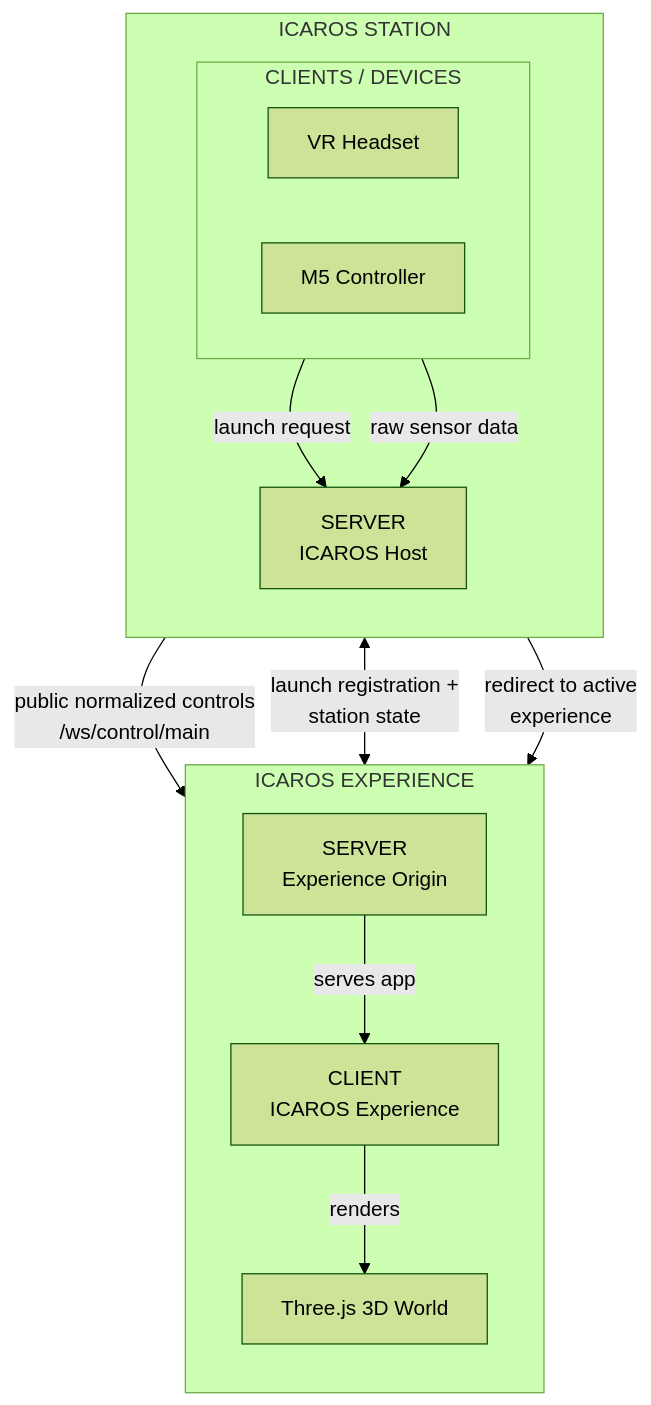
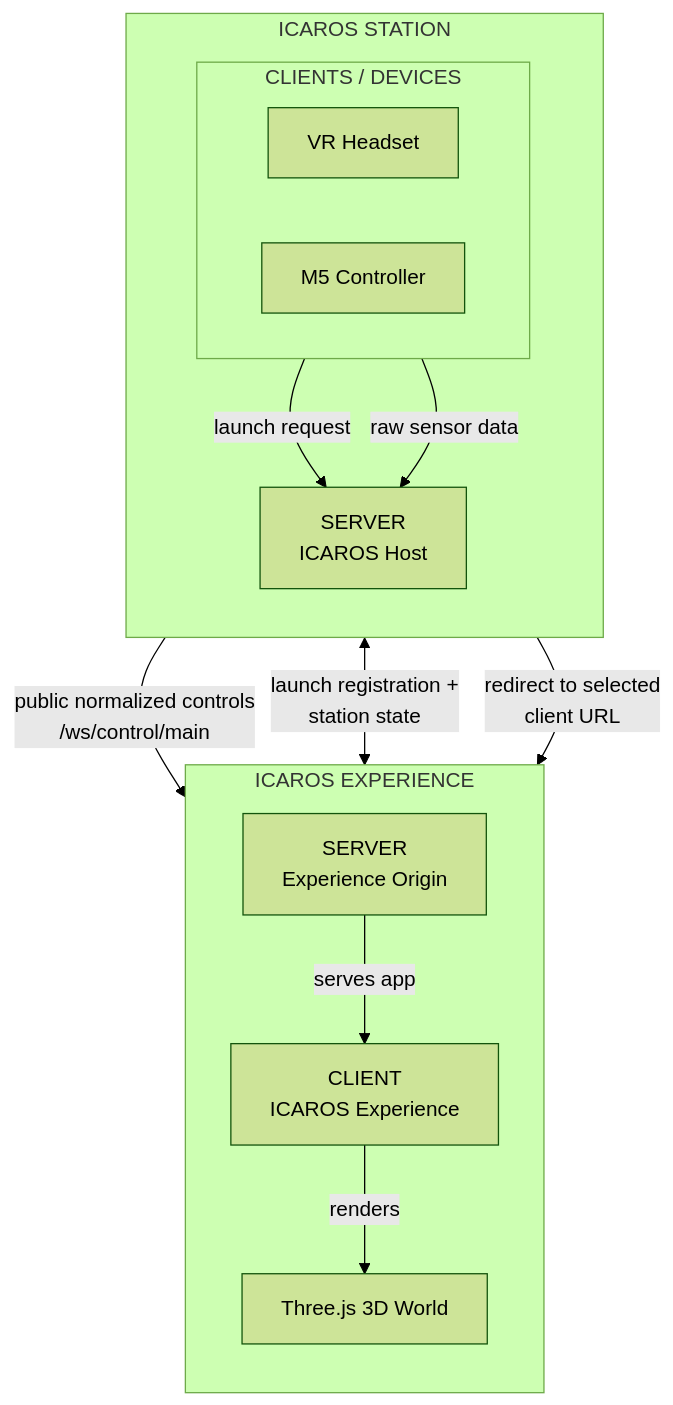
The first of 2 diagrams in docs/architecture.md (dweigend/Icaros_Host), drawn with Mermaid (forest theme) before and after one commit. The commit also changed 7 other files, not shown here.

````diff
--- a/docs/architecture.md
+++ b/docs/architecture.md
@@ -9,33 +9,33 @@
 ```mermaid
 flowchart TD
   subgraph Station["ICAROS STATION"]
     direction TB
 
     subgraph StationClients["CLIENTS / DEVICES"]
       direction LR
       Headset["VR Headset"]
       M5["M5 Controller"]
     end
 
     Host["SERVER<br/>ICAROS Host"]
 
     Headset -->|"launch request"| Host
     M5 -->|"raw sensor data"| Host
   end
 
   Host -->|"public normalized controls<br/>/ws/control/main"| ExperienceApp
   Host <-->|"launch registration +<br/>station state"| ExperienceApp
 
   subgraph Experience["ICAROS EXPERIENCE"]
     direction TB
 
     ExperienceOrigin["SERVER<br/>Experience Origin"]
     ExperienceApp["CLIENT<br/>ICAROS Experience"]
     World["Three.js 3D World"]
 
     ExperienceOrigin -->|"serves app"| ExperienceApp
     ExperienceApp -->|"renders"| World
   end
 
-  Host -->|"redirect to active<br/>experience"| ExperienceOrigin
+  Host -->|"redirect to selected<br/>client URL"| ExperienceOrigin
 ```
````
